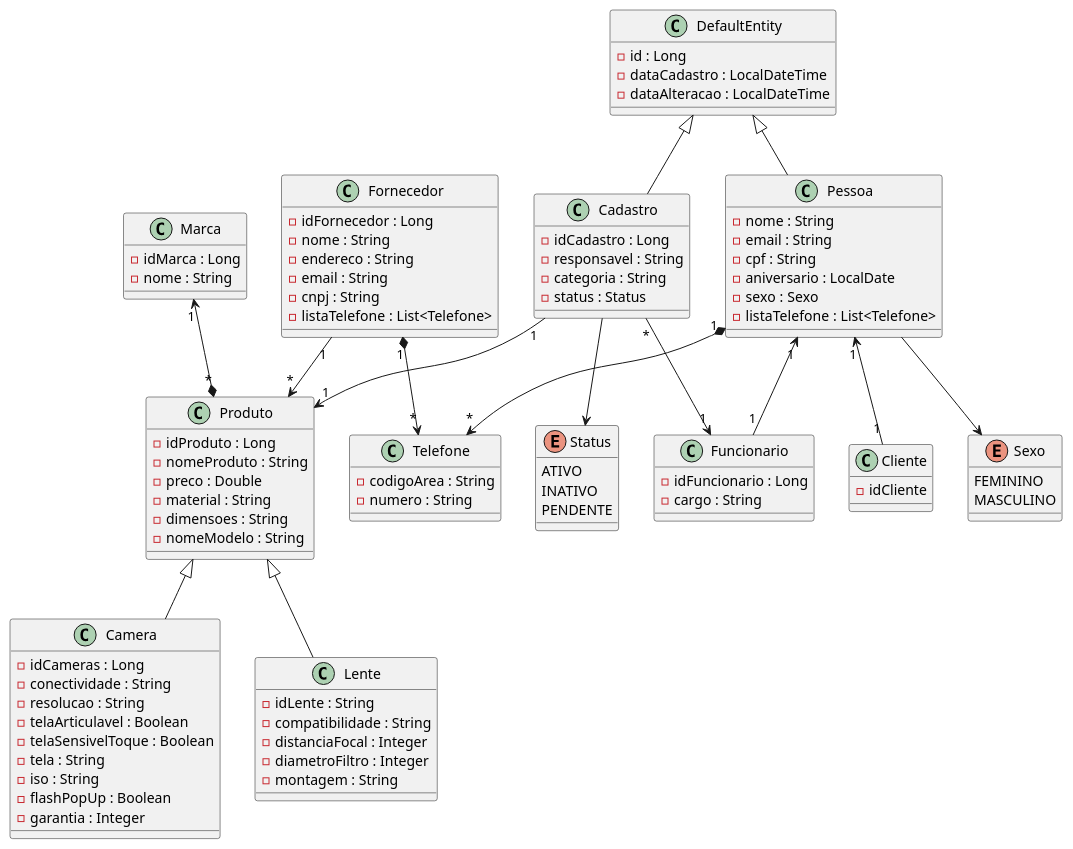
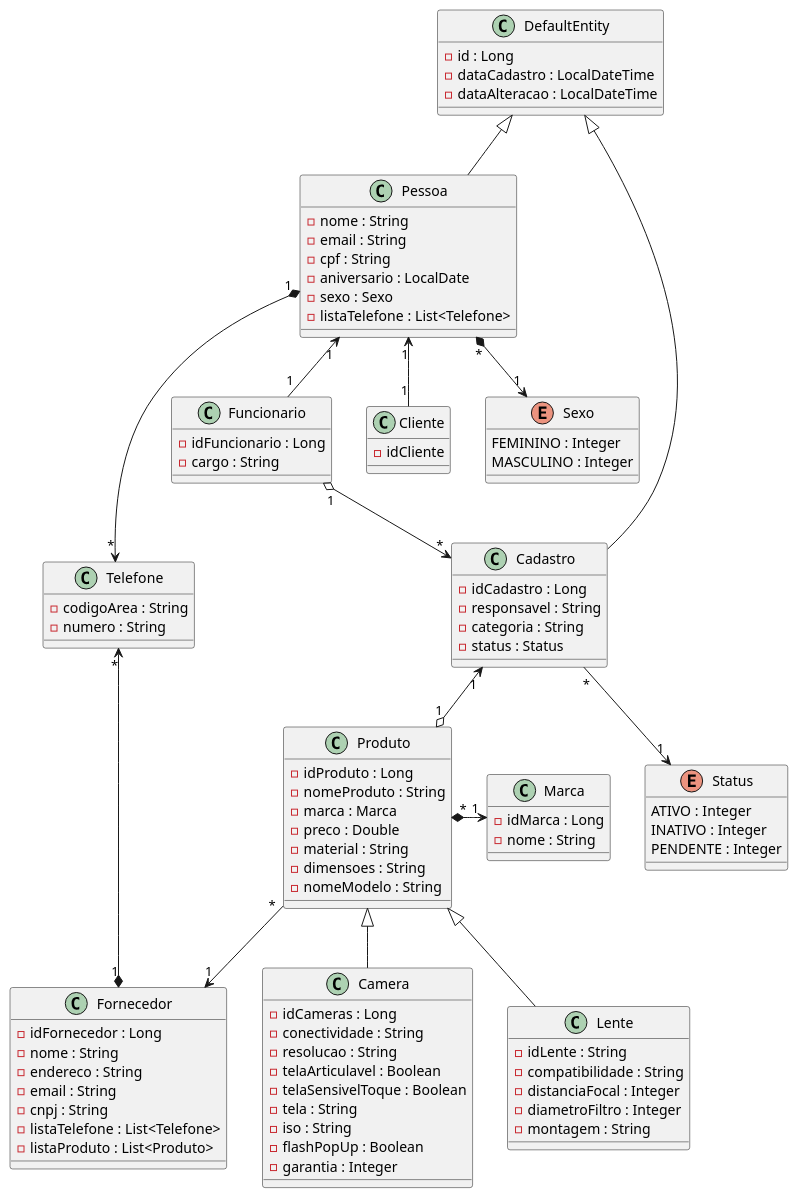
One commit to HugoValuar03/ecommerce changed the diagram in src/main/java/br/unitins/topicos1/UML/modelo.plantuml. Above: the diagram before and after it, drawn with PlantUML. The commit also changed 38 other files, not shown here.

```diff
--- a/src/main/java/br/unitins/topicos1/UML/modelo.plantuml
+++ b/src/main/java/br/unitins/topicos1/UML/modelo.plantuml
@@ -1,114 +1,119 @@
 @startuml ecommerce
 class Pessoa{
   - nome : String
   - email : String
   - cpf : String
   - aniversario : LocalDate
   - sexo : Sexo
   - listaTelefone : List<Telefone>
 }
 
-Pessoa "1" *--> "*" Telefone
 
 class Cadastro{
   - idCadastro : Long
   - responsavel : String
   - categoria : String
   - status : Status 
 }
 
-DefaultEntity <|-- Cadastro
 
 Enum Status{
-  ATIVO
-  INATIVO
-  PENDENTE
+  ATIVO : Integer
+  INATIVO : Integer
+  PENDENTE : Integer
 }
 
-Cadastro --> Status
-Cadastro "*" --> "1" Funcionario
-Cadastro "1" --> "1" Produto
 
 class Funcionario{
   - idFuncionario : Long
   - cargo : String 
 }
 
 class Cliente{
   - idCliente
 }
 
-Pessoa "1" <-- "1" Funcionario
-Pessoa "1" <-- "1" Cliente
 
 Enum Sexo{
-  FEMININO
-  MASCULINO
+  FEMININO : Integer
+  MASCULINO : Integer
 }
 
-Pessoa --> Sexo
 
 class Fornecedor{
   - idFornecedor : Long
   - nome : String
   - endereco : String 
   - email : String
   - cnpj : String
   - listaTelefone : List<Telefone>
+  - listaProduto : List<Produto>
 }
 
-Fornecedor "1" *--> "*" Telefone
 
 class Produto{
   - idProduto : Long
   - nomeProduto : String
+  - marca : Marca
   - preco : Double
   - material : String
   - dimensoes : String
   - nomeModelo : String
 }
 
 class Camera{
   - idCameras : Long
   - conectividade : String
   - resolucao : String
   - telaArticulavel : Boolean
   - telaSensivelToque : Boolean
   - tela : String
   - iso : String
   - flashPopUp : Boolean
   - garantia : Integer
 }
 
 class Marca{
   - idMarca : Long
   - nome : String
 }
 
-Marca "1" <--* "*" Produto
 
 class Lente{
   - idLente : String
   - compatibilidade : String
   - distanciaFocal : Integer
   - diametroFiltro : Integer
   - montagem : String
 }
 
 class DefaultEntity{
   - id : Long
   - dataCadastro : LocalDateTime
   - dataAlteracao : LocalDateTime
 }
 
 class Telefone{
   - codigoArea : String
   - numero : String
 }
 
+Pessoa "1" *-right-> "*" Telefone
+Pessoa "1" <-- "1" Funcionario
+Pessoa "1" <-- "1" Cliente
+Pessoa "*" *--> "1" Sexo
+
+DefaultEntity <|-- Cadastro
 DefaultEntity <|-- Pessoa
 
-Fornecedor "1" --> "*" Produto
+Cadastro "*" --> "1" Status
+Funcionario "1" o--> "*" Cadastro
+Cadastro "1" <--o "1" Produto
+
+Marca "1" <-left-* "*" Produto
+
+Fornecedor "1" *-left-> "*" Telefone
+Produto "*" --> "1" Fornecedor
 Produto <|-- Camera
 Produto <|-- Lente
 @enduml
```
